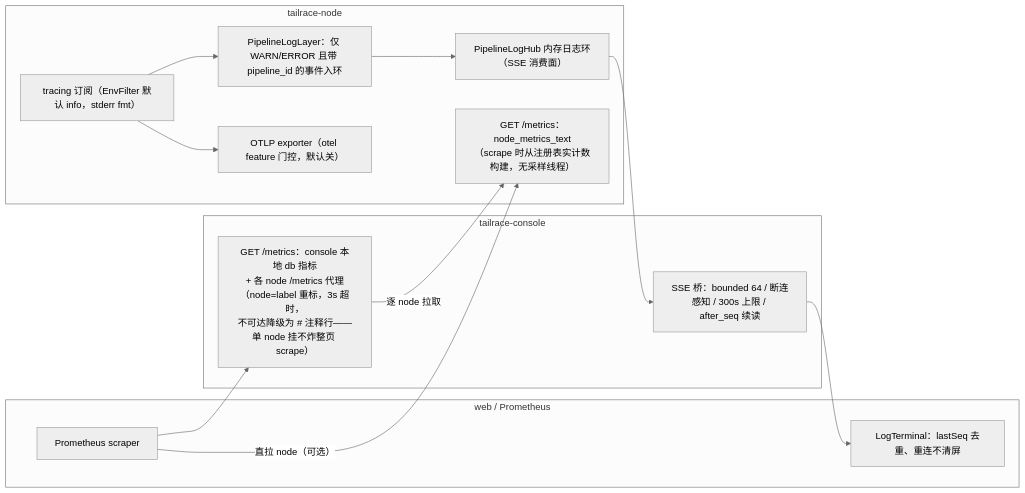
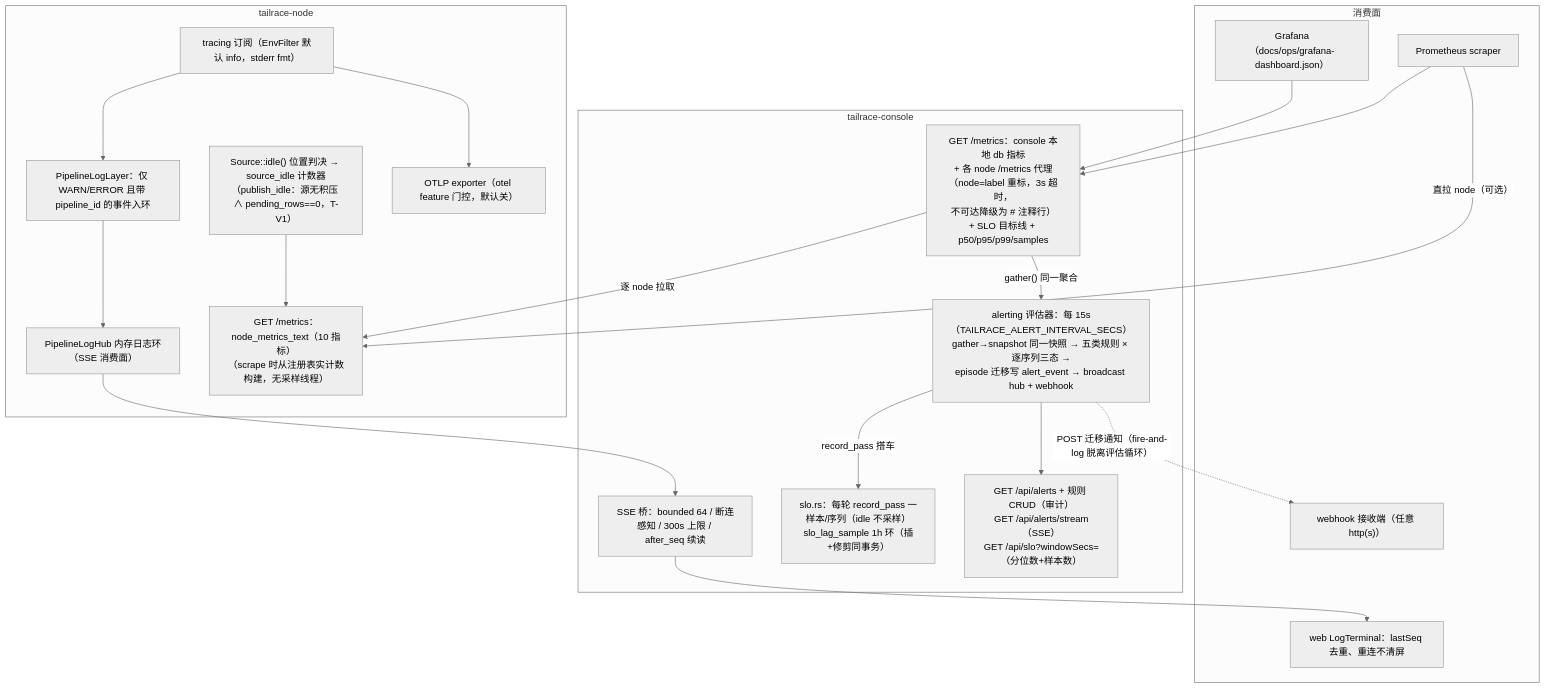
One commit to SeekerGalahad/tailrace changed the fifth of 7 diagrams in docs/design/architecture.zh.md. Above: the diagram before and after it, drawn with Mermaid (neutral theme). The commit also changed other lines of this file and 12 other files, not shown here.

First line of the commit message:
docs: canonical refresh post-R11 (alerting/SLO/variant/vector/apply/mcp16) + v1.2.0 release facts

````diff
--- a/docs/design/architecture.zh.md
+++ b/docs/design/architecture.zh.md
@@ -494,24 +536,36 @@
 ```mermaid
-flowchart LR
+flowchart TB
   subgraph NODE["tailrace-node"]
     TR["tracing 订阅（EnvFilter 默认 info，stderr fmt）"]
     PLL["PipelineLogLayer：仅 WARN/ERROR 且带 pipeline_id 的事件入环"]
     HUB["PipelineLogHub 内存日志环（SSE 消费面）"]
-    NMT["GET /metrics：node_metrics_text<br/>（scrape 时从注册表实计数构建，无采样线程）"]
+    NMT["GET /metrics：node_metrics_text（10 指标）<br/>（scrape 时从注册表实计数构建，无采样线程）"]
+    IDLE["Source::idle() 位置判决 → source_idle 计数器<br/>（publish_idle：源无积压 ∧ pending_rows==0，T-V1）"]
     OTLP["OTLP exporter（otel feature 门控，默认关）"]
   end
   subgraph CONSOLE["tailrace-console"]
     BR["SSE 桥：bounded 64 / 断连感知 / 300s 上限 / after_seq 续读"]
-    CMT["GET /metrics：console 本地 db 指标<br/>+ 各 node /metrics 代理（node=label 重标，3s 超时，<br/>不可达降级为 # 注释行——单 node 挂不炸整页 scrape）"]
+    CMT["GET /metrics：console 本地 db 指标<br/>+ 各 node /metrics 代理（node=label 重标，3s 超时，<br/>不可达降级为 # 注释行）<br/>+ SLO 目标线 + p50/p95/p99/samples"]
+    EV["alerting 评估器：每 15s（TAILRACE_ALERT_INTERVAL_SECS）<br/>gather→snapshot 同一快照 → 五类规则 × 逐序列三态 →<br/>episode 迁移写 alert_event → broadcast hub + webhook"]
+    SLORING["slo.rs：每轮 record_pass 一样本/序列（idle 不采样）<br/>slo_lag_sample 1h 环（插+修剪同事务）"]
+    ASSE["GET /api/alerts + 规则 CRUD（审计）<br/>GET /api/alerts/stream（SSE）<br/>GET /api/slo?windowSecs=（分位数+样本数）"]
   end
-  subgraph WEBT["web / Prometheus"]
-    LT["LogTerminal：lastSeq 去重、重连不清屏"]
+  subgraph WEBT["消费面"]
+    LT["web LogTerminal：lastSeq 去重、重连不清屏"]
     PROM["Prometheus scraper"]
+    GRAF["Grafana（docs/ops/grafana-dashboard.json）"]
+    HOOKC["webhook 接收端（任意 http(s)）"]
   end
   TR --> PLL --> HUB
   TR --> OTLP
   HUB --> BR --> LT
   PROM --> CMT
+  CMT -->|"gather() 同一聚合"| EV
+  EV -->|"record_pass 搭车"| SLORING
+  EV --> ASSE
+  EV -.->|"POST 迁移通知（fire-and-log 脱离评估循环）"| HOOKC
+  GRAF --> CMT
   CMT -->|"逐 node 拉取"| NMT
   PROM -->|"直拉 node（可选）"| NMT
+  IDLE --> NMT
 ```
````
